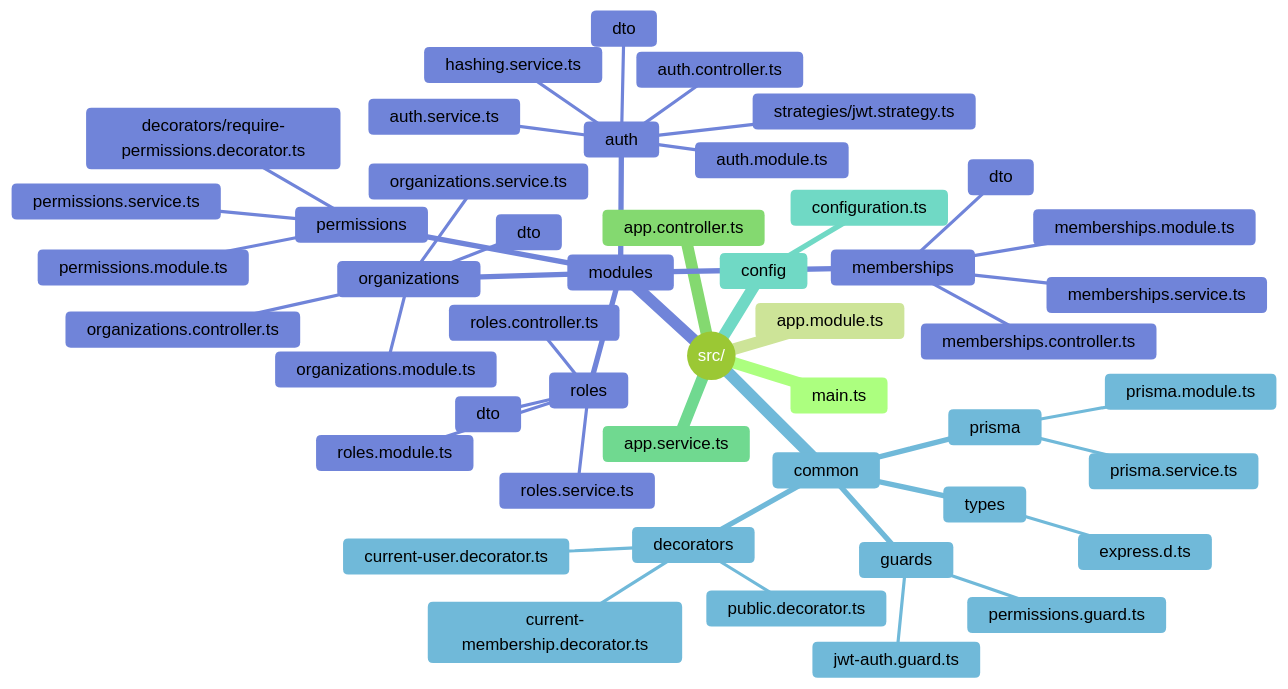
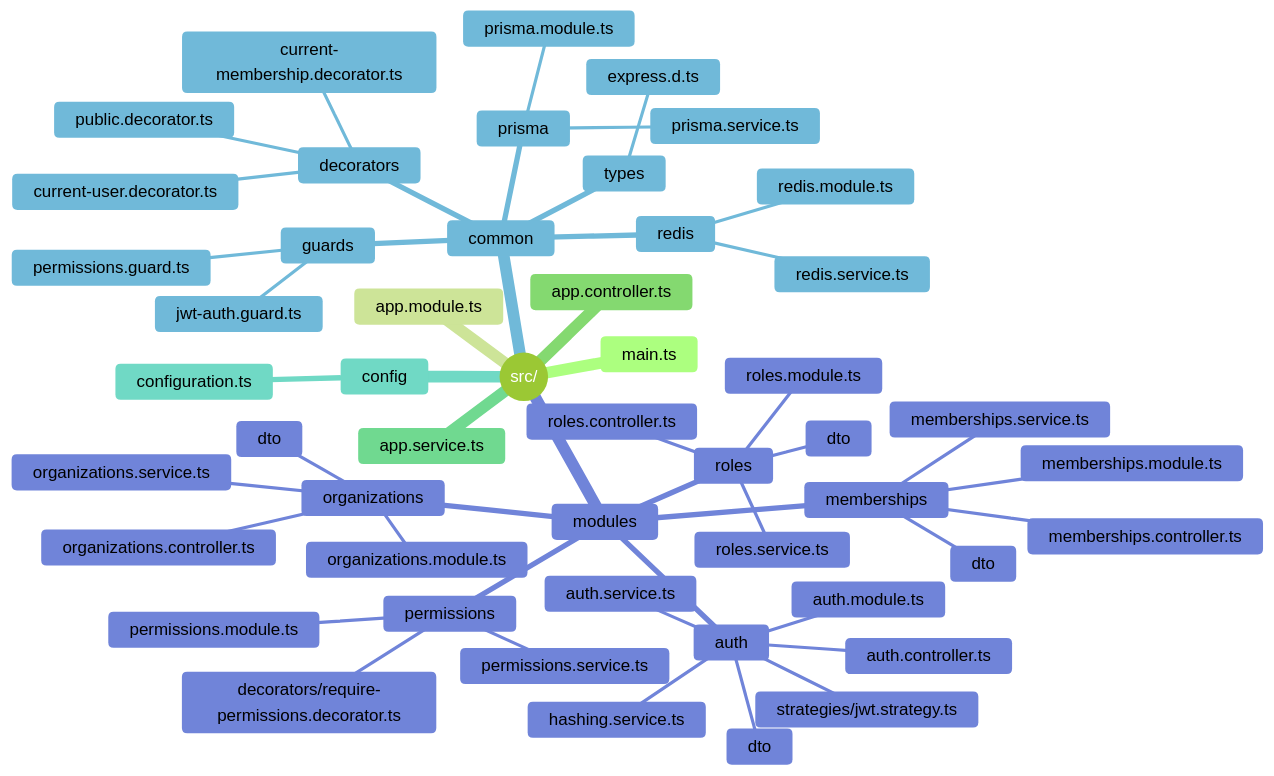
One commit to amitverma147/enterprise-team-access-control-api changed the diagram in docs/PROJECT_STRUCTURE.md. Above: the diagram before and after it, drawn with Mermaid (forest theme). The commit also changed other lines of this file and 13 other files, not shown here.

````diff
--- a/docs/PROJECT_STRUCTURE.md
+++ b/docs/PROJECT_STRUCTURE.md
@@ -8,50 +8,53 @@
 ```mermaid
 mindmap
   root((src/))
     main.ts
     app.module.ts
     app.controller.ts
     app.service.ts
     config
       configuration.ts
     common
       prisma
         prisma.module.ts
         prisma.service.ts
+      redis
+        redis.module.ts
+        redis.service.ts
       guards
         jwt-auth.guard.ts
         permissions.guard.ts
       decorators
         public.decorator.ts
         current-user.decorator.ts
         current-membership.decorator.ts
       types
         express.d.ts
     modules
       auth
         auth.module.ts
         auth.controller.ts
         auth.service.ts
         hashing.service.ts
         strategies/jwt.strategy.ts
         dto
       organizations
         organizations.module.ts
         organizations.controller.ts
         organizations.service.ts
         dto
       memberships
         memberships.module.ts
         memberships.controller.ts
         memberships.service.ts
         dto
       roles
         roles.module.ts
         roles.controller.ts
         roles.service.ts
         dto
       permissions
         permissions.module.ts
         permissions.service.ts
         decorators/require-permissions.decorator.ts
 ```
````
